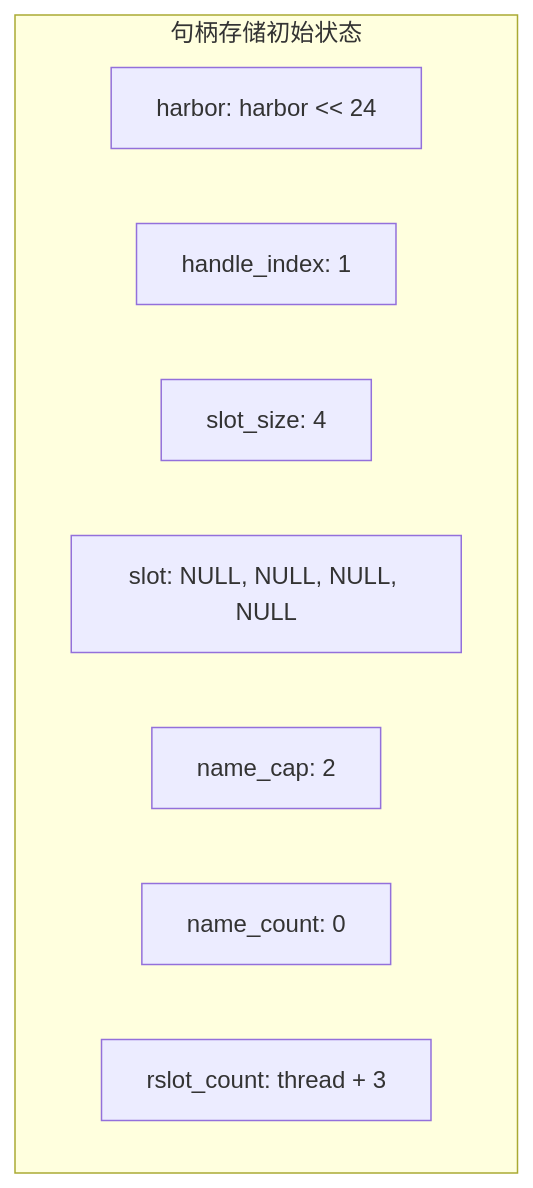
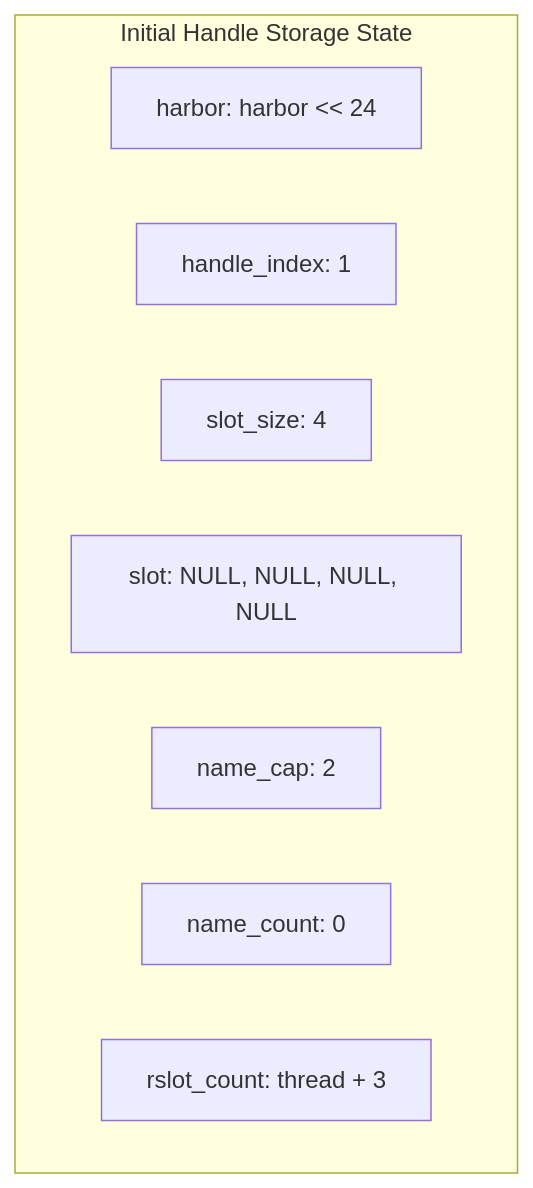
Before and after one commit to cuihairu/skynet: the first of 6 diagrams in docs/analysis/skynet-handle.md, drawn with Mermaid. The commit also changed other lines of this file and 86 other files, not shown here.

````diff
--- a/docs/analysis/skynet-handle.md
+++ b/docs/analysis/skynet-handle.md
@@ -113,12 +113,12 @@
 ```mermaid
 graph TB
-    subgraph 句柄存储初始状态
+    subgraph "Initial Handle Storage State"
         A[harbor: harbor << 24]
         B[handle_index: 1]
         C[slot_size: 4]
         D[slot: NULL, NULL, NULL, NULL]
         E[name_cap: 2]
         F[name_count: 0]
         G[rslot_count: thread + 3]
     end
 ```
````
